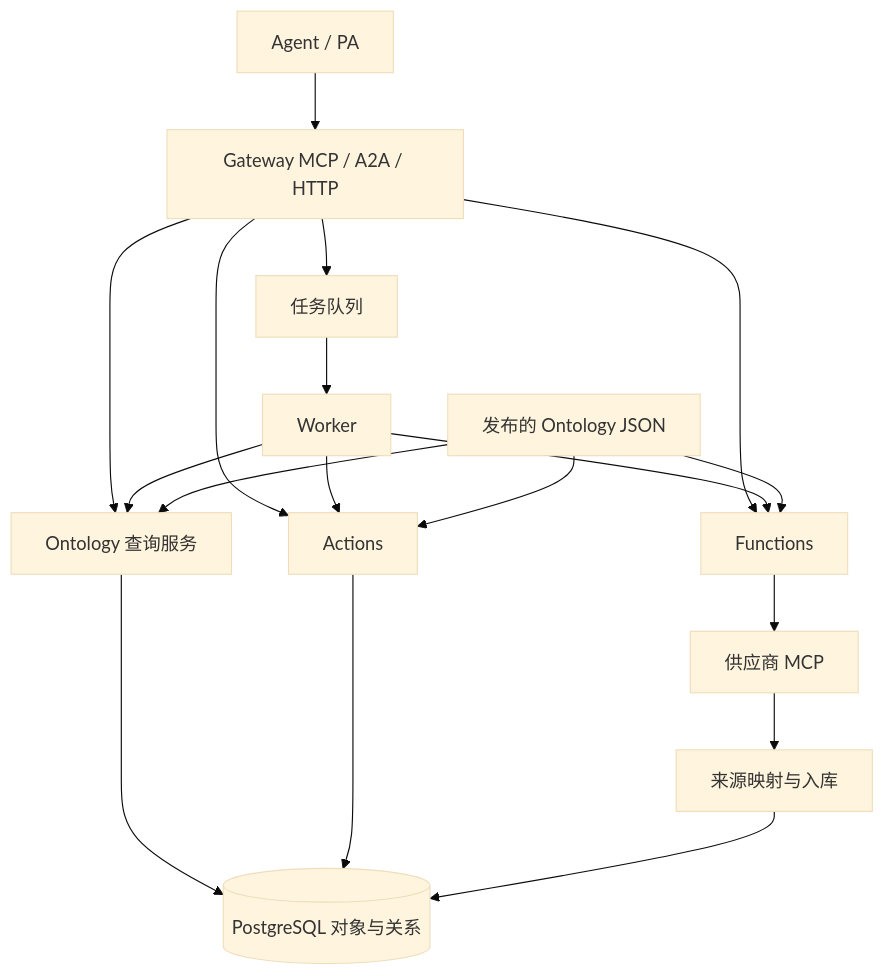
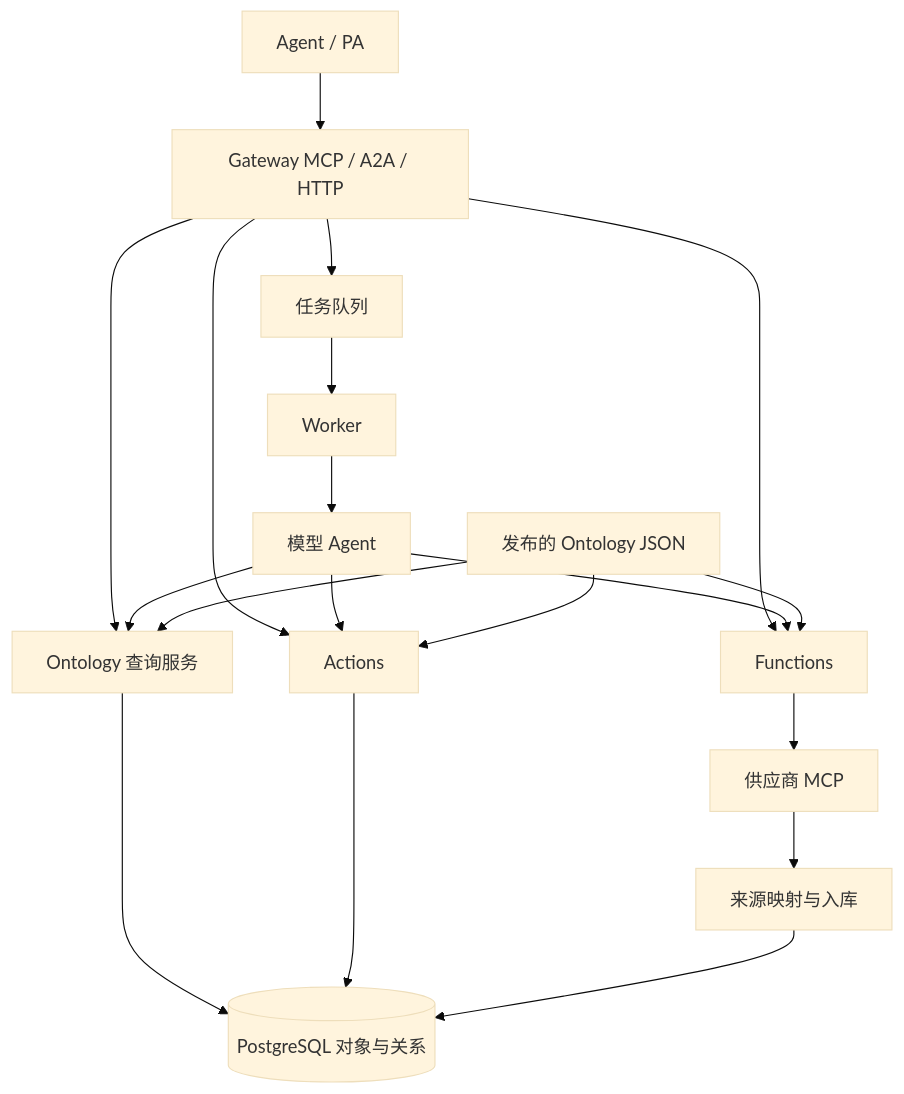
One commit to proerror77/eigos changed the first of 2 diagrams in docs/architecture/ontology.md. Above: the diagram before and after it, drawn with Mermaid (base theme). The commit also changed other lines of this file and 19 other files, not shown here.

````diff
--- a/docs/architecture/ontology.md
+++ b/docs/architecture/ontology.md
@@ -21,20 +21,21 @@
 ```mermaid
 flowchart TD
     Agent[Agent / PA] --> Gateway[Gateway MCP / A2A / HTTP]
     Gateway --> Query[Ontology 查询服务]
     Gateway --> Function[Functions]
     Gateway --> Action[Actions]
     Gateway --> Task[任务队列]
     Task --> Worker[Worker]
-    Worker --> Query
-    Worker --> Function
-    Worker --> Action
+    Worker --> Model[模型 Agent]
+    Model --> Query
+    Model --> Function
+    Model --> Action
     Definition[发布的 Ontology JSON] --> Query
     Definition --> Function
     Definition --> Action
     Function --> Provider[供应商 MCP]
     Provider --> Ingest[来源映射与入库]
     Query --> DB[(PostgreSQL 对象与关系)]
     Action --> DB
     Ingest --> DB
 ```
````
